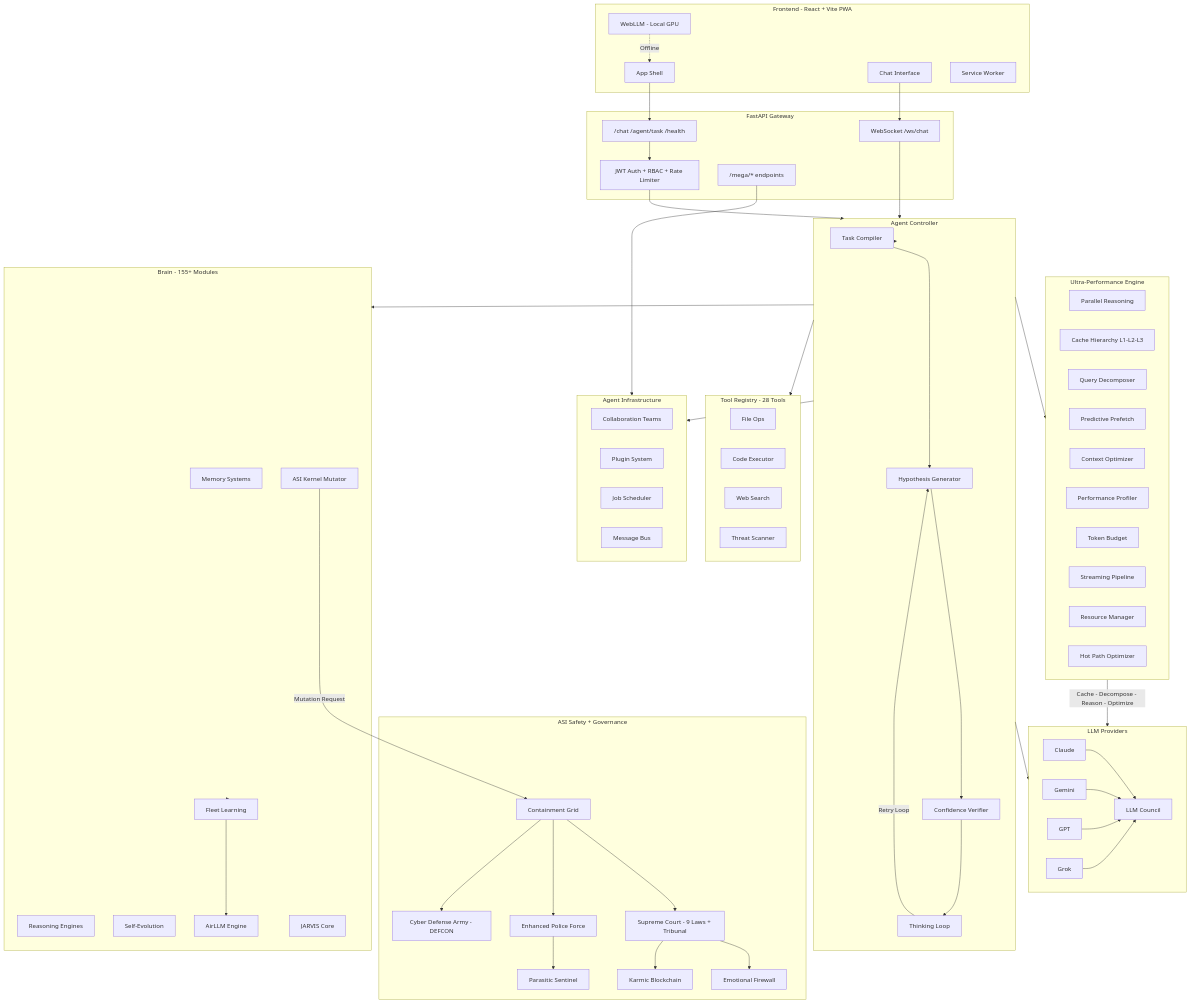
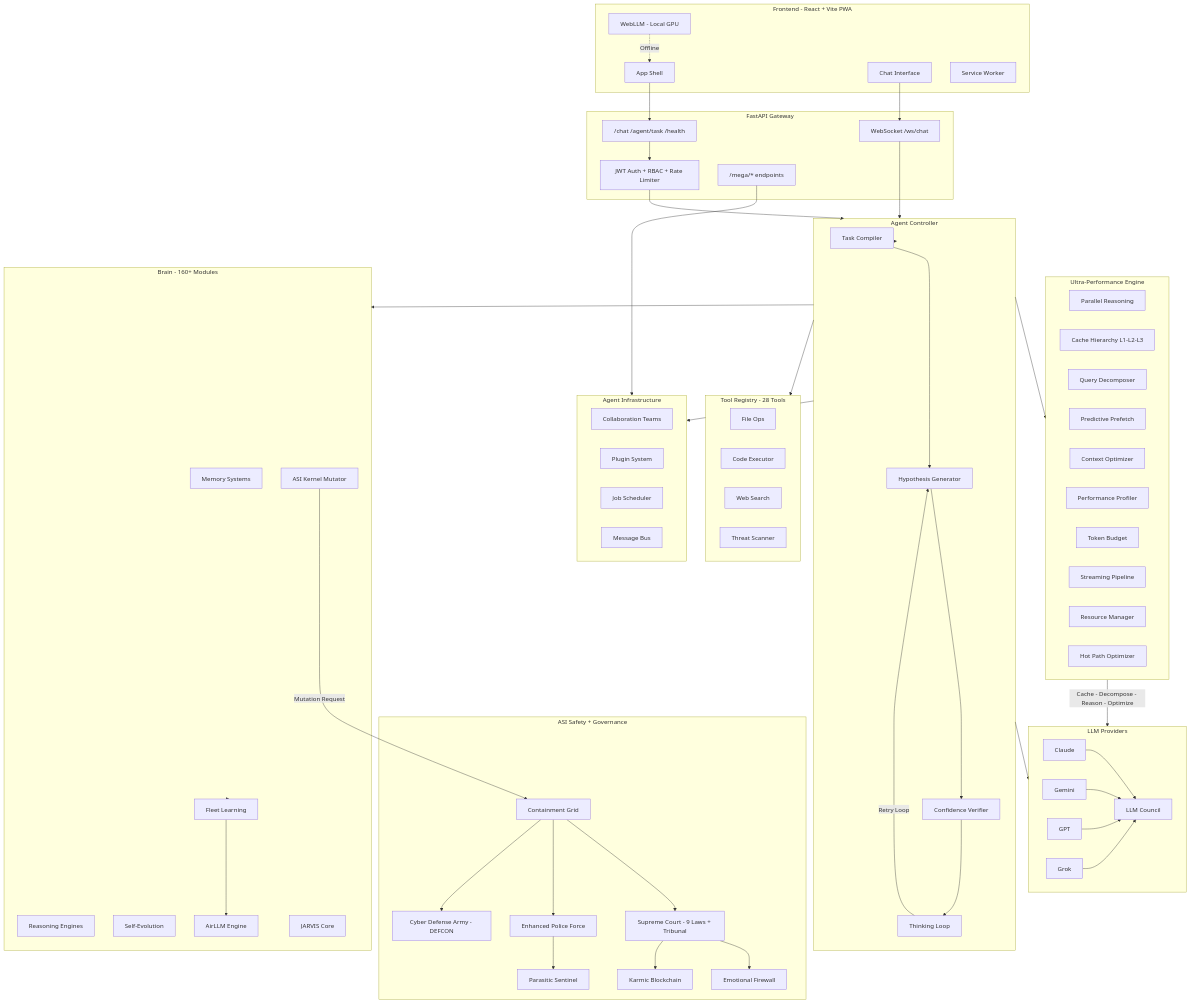
One commit to boopathygamer/astra-agent changed the first of 10 diagrams in README.md. Above: the diagram before and after it, drawn with Mermaid. The commit also changed other lines of this file, not shown here.

```diff
--- a/README.md
+++ b/README.md
@@ -148,7 +152,7 @@
         Council["LLM Council"]
     end
 
-    subgraph Brain["Brain - 155+ Modules"]
+    subgraph Brain["Brain - 160+ Modules"]
         Memory["Memory Systems"]
         Reasoning["Reasoning Engines"]
         Evolution["Self-Evolution"]
```
